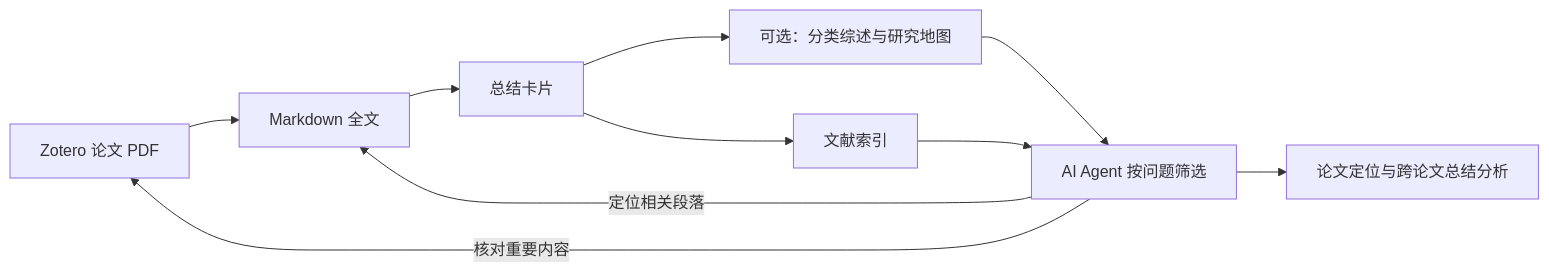
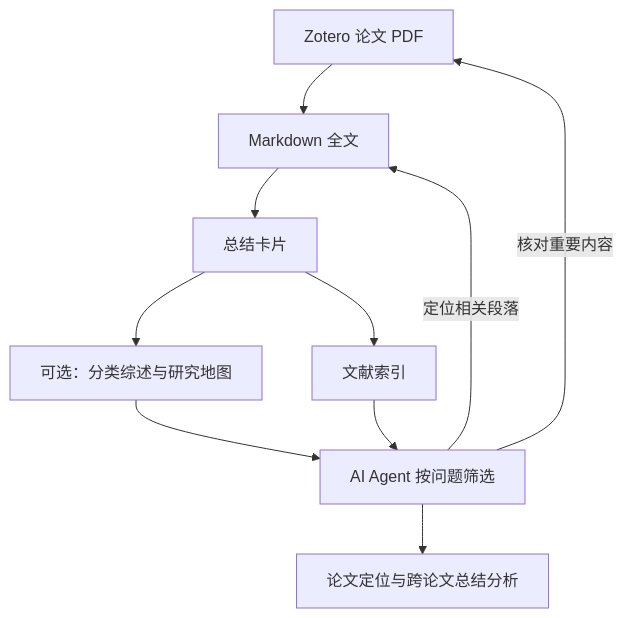
Before and after one commit to izjxnxn/ZoteroMinerU: the diagram in README.md, drawn with Mermaid.

Commit message:
docs: make literature workflow diagram readable in narrow windows

````diff
--- a/README.md
+++ b/README.md
@@ -120,12 +120,12 @@
 ```mermaid
-flowchart LR
+flowchart TB
     Z[Zotero 论文 PDF] --> M[Markdown 全文]
     M --> S[总结卡片]
     S --> I[文献索引]
     S --> C[可选：分类综述与研究地图]
     C --> A
     I --> A[AI Agent 按问题筛选]
     A -->|定位相关段落| M
     A --> R[论文定位与跨论文总结分析]
     A -->|核对重要内容| Z
 ```
````
